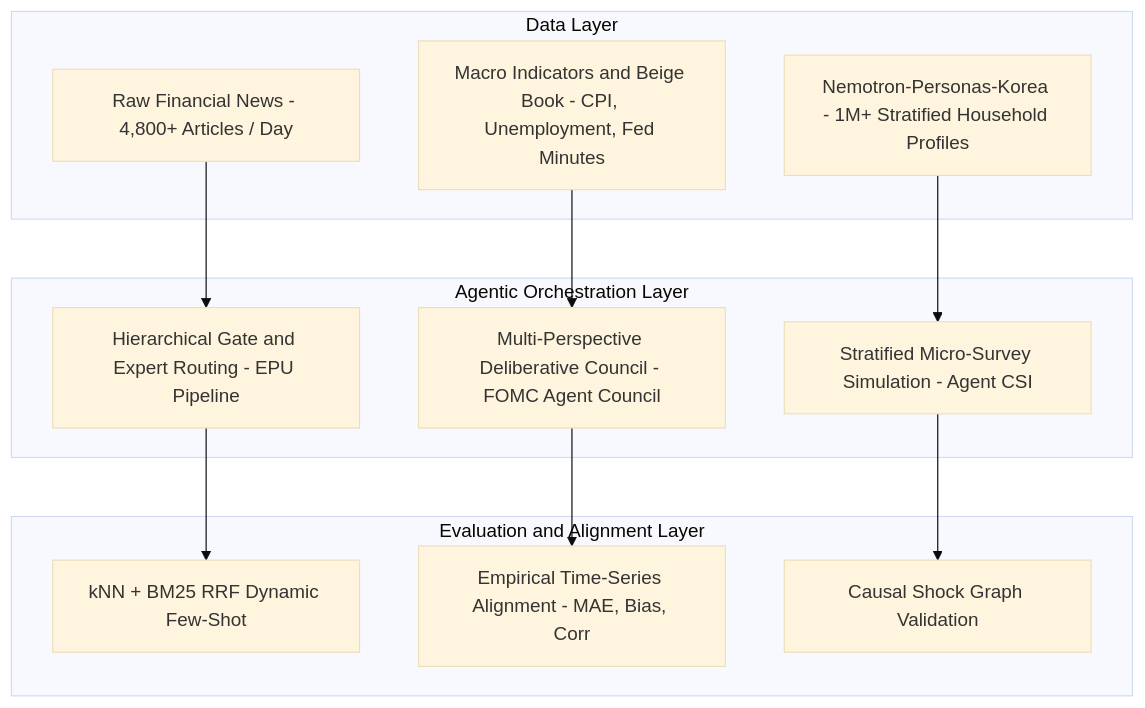
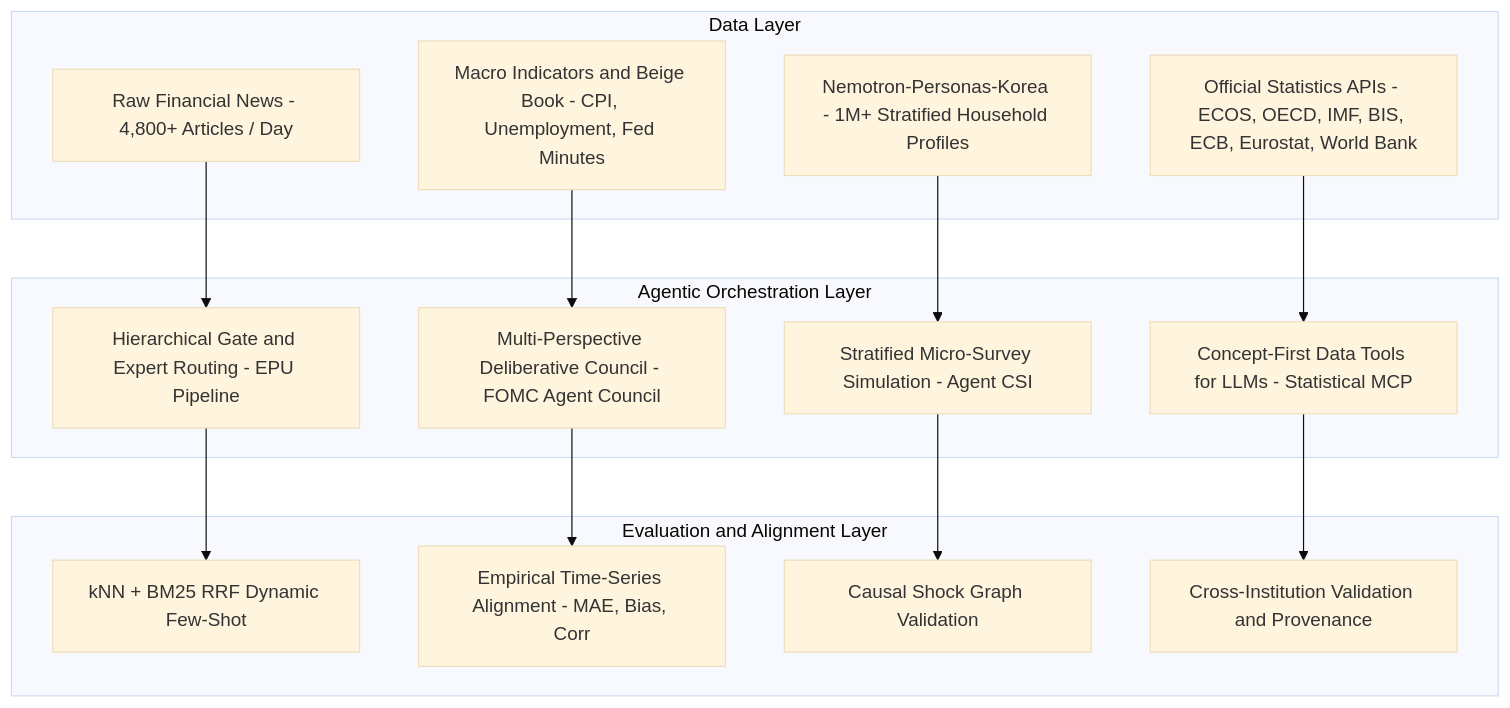
One commit to kgy0617/kgy0617.github.io changed the diagram in ai-dev.md. Above: the diagram before and after it, drawn with Mermaid (base theme). The commit also changed other lines of this file and 3 other files, not shown here.

First line of the commit message:
feat: publish Global Economic Statistical MCP article and link across home, portfolio, and ai-dev

````diff
--- a/ai-dev.md
+++ b/ai-dev.md
@@ -13,24 +13,28 @@
 ```mermaid
 graph TD
     subgraph DL["Data Layer"]
         D1["Raw Financial News - 4,800+ Articles / Day"]
         D2["Macro Indicators and Beige Book - CPI, Unemployment, Fed Minutes"]
         D3["Nemotron-Personas-Korea - 1M+ Stratified Household Profiles"]
+        D4["Official Statistics APIs - ECOS, OECD, IMF, BIS, ECB, Eurostat, World Bank"]
     end
 
     subgraph AOL["Agentic Orchestration Layer"]
         A1["Hierarchical Gate and Expert Routing - EPU Pipeline"]
         A2["Multi-Perspective Deliberative Council - FOMC Agent Council"]
         A3["Stratified Micro-Survey Simulation - Agent CSI"]
+        A4["Concept-First Data Tools for LLMs - Statistical MCP"]
     end
 
     subgraph EAL["Evaluation and Alignment Layer"]
         E1["kNN + BM25 RRF Dynamic Few-Shot"]
         E2["Empirical Time-Series Alignment - MAE, Bias, Corr"]
         E3["Causal Shock Graph Validation"]
+        E4["Cross-Institution Validation and Provenance"]
     end
 
     D1 --> A1 --> E1
     D2 --> A2 --> E2
     D3 --> A3 --> E3
+    D4 --> A4 --> E4
 ```
````
